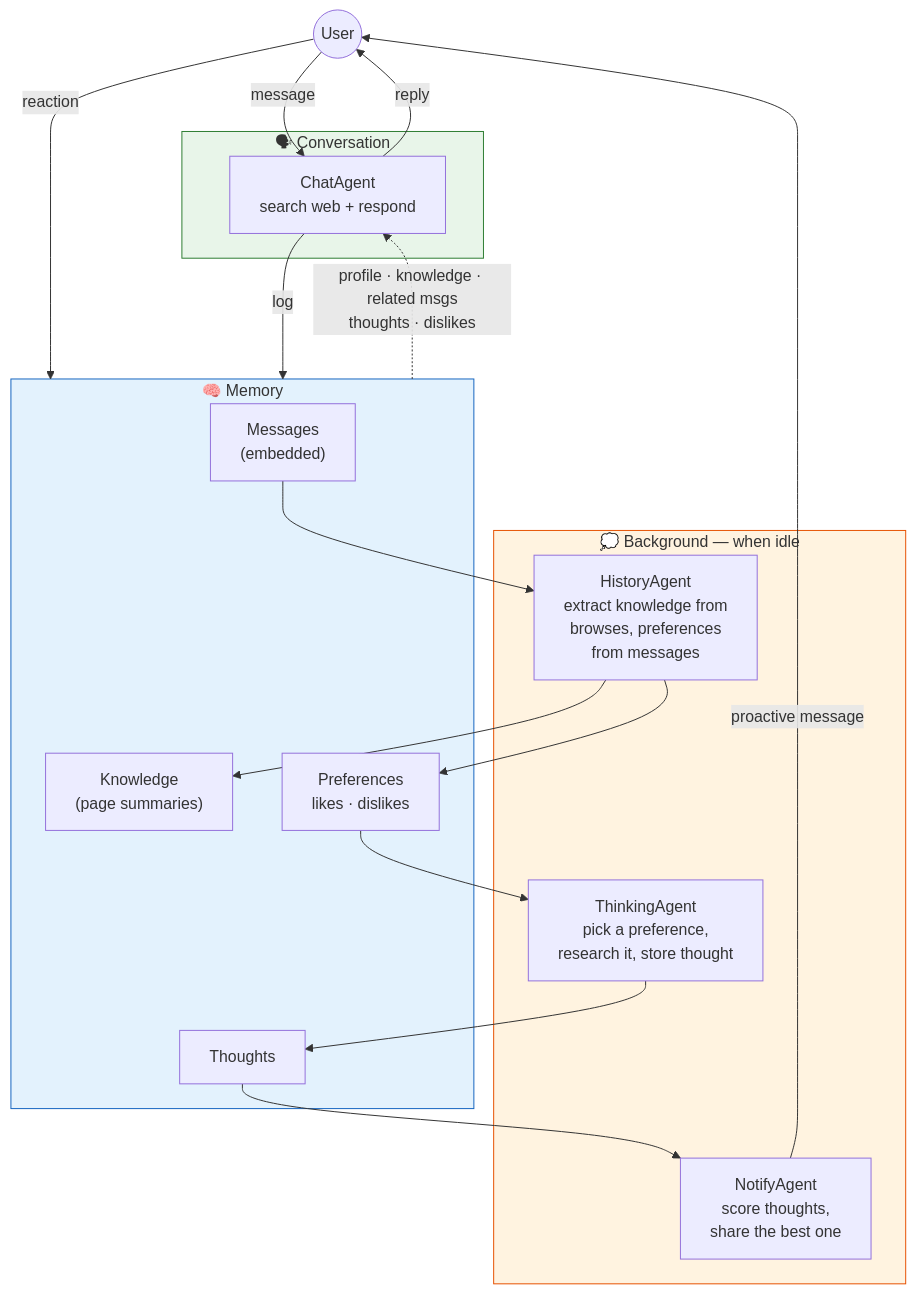
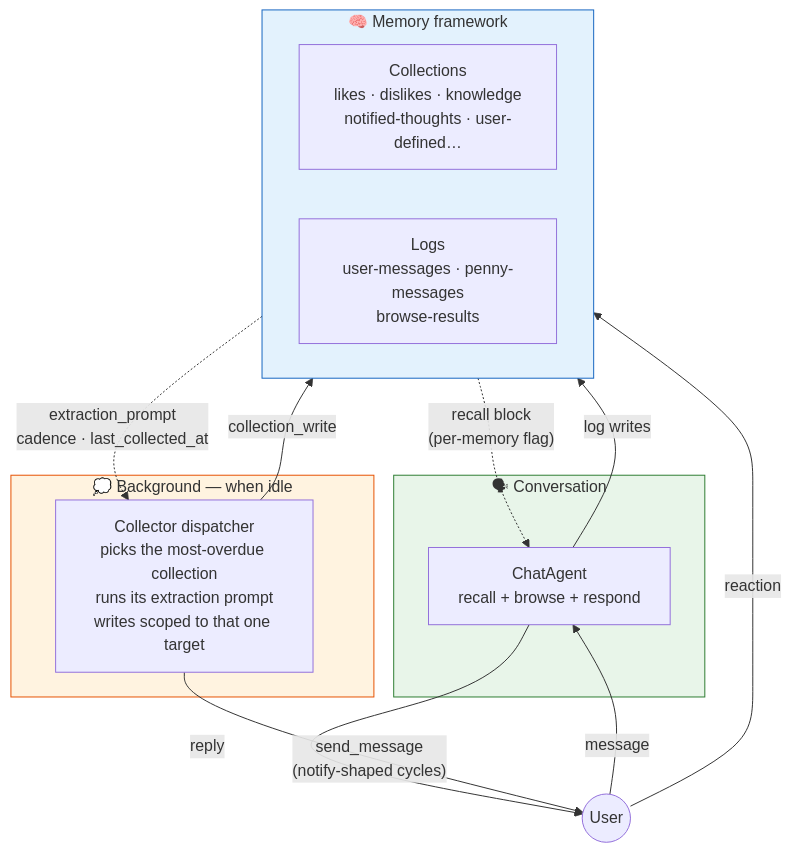
Before and after one commit to jaredlockhart/penny: the diagram in README.md, drawn with Mermaid. The commit also changed other lines of this file, not shown here.

Commit message:
Update README to reflect Collector dispatcher + memory framework
The HistoryAgent / ThinkingAgent / NotifyAgent classes are gone — they
were unified into a single Collector dispatcher in PR #1021, with each
extraction now a row in the memory table. The user-facing experience
is unchanged; the README needed to catch up.

- Reframe Preferences/Thinking/Memory subsections around the memory
  framework (collections + logs) and Collector dispatcher
- Replace the Penny's Mind mermaid diagram with the unified shape
- Collapse the old Digestion/Reflection/Initiative cycle into one
  Collection step
- Update Scheduling to describe schedule-executor + Collector instead
  of the old four-agent priority chain
- Add /feature to the commands list (was missing)
- Drop stale agent names from the Models table

````diff
--- a/README.md
+++ b/README.md
@@ -87,38 +91,30 @@
 ```mermaid
 flowchart TB
     User((User)) -->|message| Chat
-    User -->|reaction| Memory
+    User -->|reaction| MemoryFW
 
     subgraph Conversation["🗣 Conversation"]
-        Chat[ChatAgent<br>search web + respond]
+        Chat[ChatAgent<br>recall + browse + respond]
     end
 
-    Memory -.->|"profile · knowledge · related msgs<br>thoughts · dislikes"| Chat
+    MemoryFW -.->|"recall block<br>(per-memory flag)"| Chat
     Chat -->|reply| User
-    Chat -->|log| Memory
+    Chat -->|"log writes"| MemoryFW
 
-    subgraph Memory["🧠 Memory"]
-        Messages["Messages<br>(embedded)"]
-        Knowledge["Knowledge<br>(page summaries)"]
-        Preferences["Preferences<br>likes · dislikes"]
-        Thoughts[Thoughts]
+    subgraph MemoryFW["🧠 Memory framework"]
+        Collections["Collections<br>likes · dislikes · knowledge<br>notified-thoughts · user-defined…"]
+        Logs["Logs<br>user-messages · penny-messages<br>browse-results"]
     end
 
     subgraph Background["💭 Background — when idle"]
-        History["HistoryAgent<br>extract knowledge from<br>browses, preferences<br>from messages"]
-        Thinking["ThinkingAgent<br>pick a preference,<br>research it, store thought"]
-        Notify["NotifyAgent<br>score thoughts,<br>share the best one"]
+        Coll["Collector dispatcher<br>picks the most-overdue collection<br>runs its extraction prompt<br>writes scoped to that one target"]
     end
 
-    Messages --> History
-    History --> Knowledge
-    History --> Preferences
-    Preferences --> Thinking
-    Thinking --> Thoughts
-    Thoughts --> Notify
-    Notify -->|proactive message| User
+    MemoryFW -.->|"extraction_prompt<br>cadence · last_collected_at"| Coll
+    Coll -->|"collection_write"| MemoryFW
+    Coll -->|"send_message<br>(notify-shaped cycles)"| User
 
     style Conversation fill:#e8f5e9,stroke:#2e7d32
-    style Memory fill:#e3f2fd,stroke:#1565c0
+    style MemoryFW fill:#e3f2fd,stroke:#1565c0
     style Background fill:#fff3e0,stroke:#e65100
 ```
````
